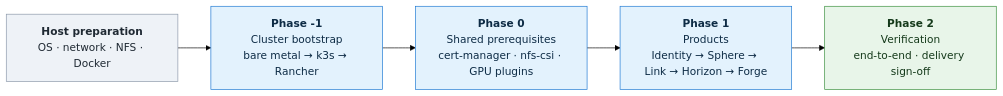
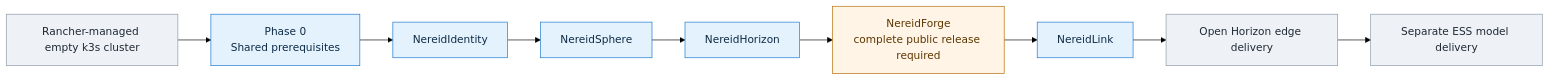
One commit to NereidAI/NereidOverview changed the diagram in docs/deploy/README.md. Above: the diagram before and after it, drawn with Mermaid (forest theme). The commit also changed other lines of this file and 8 other files, not shown here.

Commit message:
docs: add verified public OCI installation

````diff
--- a/docs/deploy/README.md
+++ b/docs/deploy/README.md
@@ -18,17 +14,28 @@
 ```mermaid
 flowchart LR
     classDef host fill:#eef2f7,stroke:#8a97a8,color:#1f2933
     classDef phase fill:#e3f2fd,stroke:#1976d2,color:#0d2b45
-    classDef verify fill:#e8f5e9,stroke:#388e3c,color:#14391a
+    classDef blocked fill:#fff4e5,stroke:#b26a00,color:#5c3600
 
-    A["<b>Host preparation</b><br/>OS · network · NFS · Docker"]:::host --> B
-    B["<b>Phase -1</b><br/>Cluster bootstrap<br/>bare metal → k3s → Rancher"]:::phase --> C
-    C["<b>Phase 0</b><br/>Shared prerequisites<br/>cert-manager · nfs-csi · GPU plugins"]:::phase --> D
-    D["<b>Phase 1</b><br/>Products<br/>Identity → Sphere → Link → Horizon → Forge"]:::phase --> E
-    E["<b>Phase 2</b><br/>Verification<br/>end-to-end · delivery sign-off"]:::verify
+    C["Rancher-managed empty k3s cluster"]:::host
+    P["Phase 0<br/>Shared prerequisites"]:::phase
+    I["NereidIdentity"]:::phase
+    S["NereidSphere"]:::phase
+    H["NereidHorizon"]:::phase
+    F["NereidForge<br/>complete public release required"]:::blocked
+    L["NereidLink"]:::phase
+    E["Open Horizon edge delivery"]:::host
+    M["Separate ESS model delivery"]:::host
 
-    click B "cluster-bootstrap.md" "Cluster bootstrap guide"
-    click C "../../deploy/prereqs/README.md" "Cluster-shared prerequisites"
-    click D "install-suite.md" "Product installation guide"
-    click E "reference/fresh-cluster-checklist.md" "Fresh-cluster checklist"
+    C --> P --> I --> S --> H --> F --> L --> E --> M
+
+    click C "cluster-bootstrap.md"
+    click P "../../deploy/prereqs/README.md"
+    click I "install-suite.md#5-phase-1--nereididentity"
+    click S "install-suite.md#61-nereidsphere"
+    click H "install-suite.md#62-nereidhorizon"
+    click F "install-suite.md#7-forge-availability-gate"
+    click L "install-suite.md#8-nereidlink-after-forge"
+    click E "install-suite.md#9-open-horizon-edge-delivery"
+    click M "install-suite.md#9-open-horizon-edge-delivery"
 ```
````
